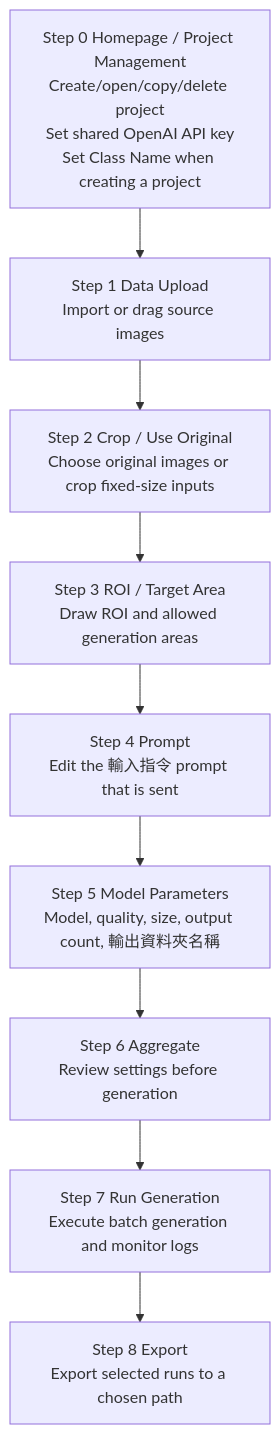
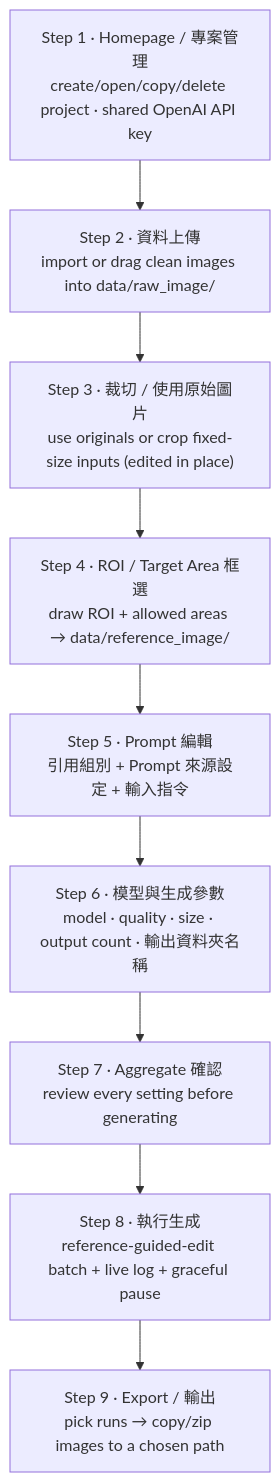
Before and after one commit to tku411770448/GPT-GenImage-UI: the diagram in modes/defect/README.md, drawn with Mermaid. The commit also changed other lines of this file and 17 other files, not shown here.

````diff
--- a/modes/defect/README.md
+++ b/modes/defect/README.md
@@ -67,14 +39,14 @@
 ```mermaid
 flowchart TD
-    A[Step 0 Homepage / Project Management\nCreate/open/copy/delete project\nSet shared OpenAI API key\nSet Class Name when creating a project]
-    B[Step 1 Data Upload\nImport or drag source images]
-    C[Step 2 Crop / Use Original\nChoose original images or crop fixed-size inputs]
-    D[Step 3 ROI / Target Area\nDraw ROI and allowed generation areas]
-    E[Step 4 Prompt\nEdit the 輸入指令 prompt that is sent]
-    F[Step 5 Model Parameters\nModel, quality, size, output count, 輸出資料夾名稱]
-    G[Step 6 Aggregate\nReview settings before generation]
-    H[Step 7 Run Generation\nExecute batch generation and monitor logs]
-    I[Step 8 Export\nExport selected runs to a chosen path]
+    S1["Step 1 · Homepage / 專案管理<br/>create/open/copy/delete project · shared OpenAI API key"]
+    S2["Step 2 · 資料上傳<br/>import or drag clean images into data/raw_image/"]
+    S3["Step 3 · 裁切 / 使用原始圖片<br/>use originals or crop fixed-size inputs (edited in place)"]
+    S4["Step 4 · ROI / Target Area 框選<br/>draw ROI + allowed areas → data/reference_image/"]
+    S5["Step 5 · Prompt 編輯<br/>引用組別 + Prompt 來源設定 + 輸入指令"]
+    S6["Step 6 · 模型與生成參數<br/>model · quality · size · output count · 輸出資料夾名稱"]
+    S7["Step 7 · Aggregate 確認<br/>review every setting before generating"]
+    S8["Step 8 · 執行生成<br/>reference-guided-edit batch + live log + graceful pause"]
+    S9["Step 9 · Export / 輸出<br/>pick runs → copy/zip images to a chosen path"]
 
-    A --> B --> C --> D --> E --> F --> G --> H --> I
+    S1 --> S2 --> S3 --> S4 --> S5 --> S6 --> S7 --> S8 --> S9
 ```
````
